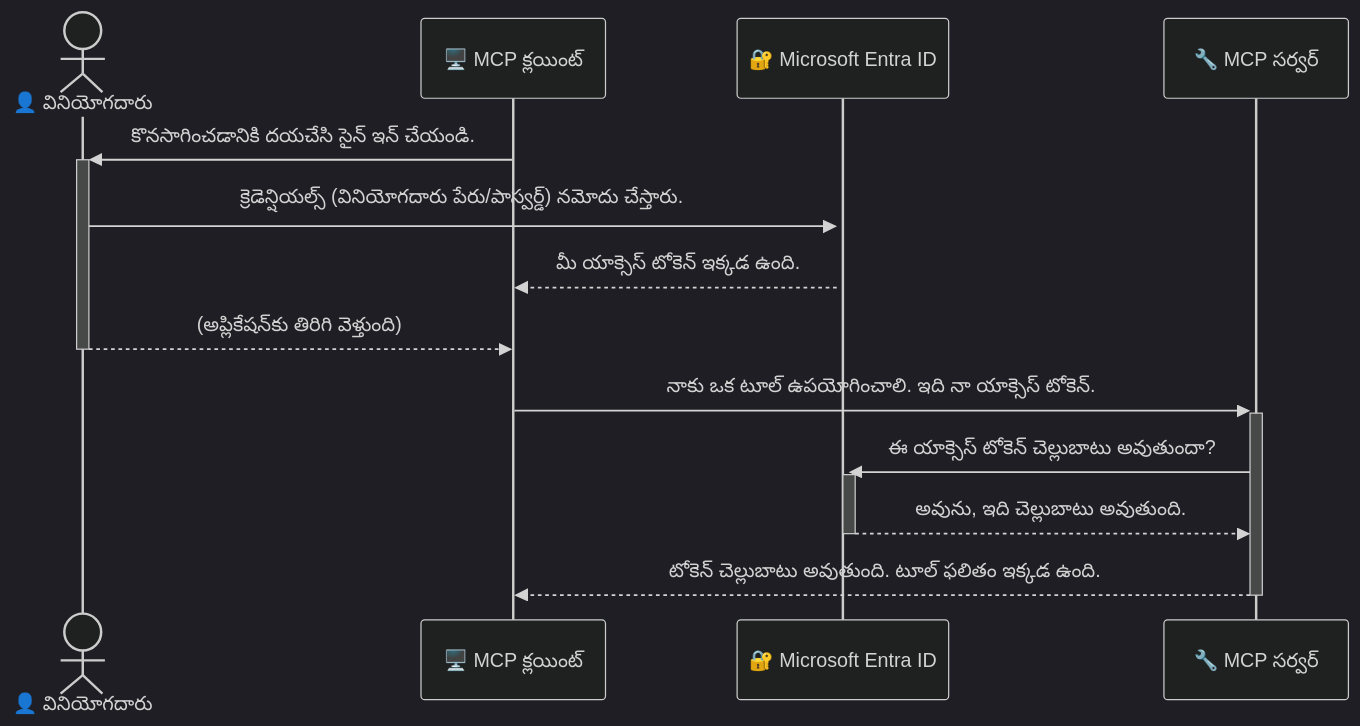
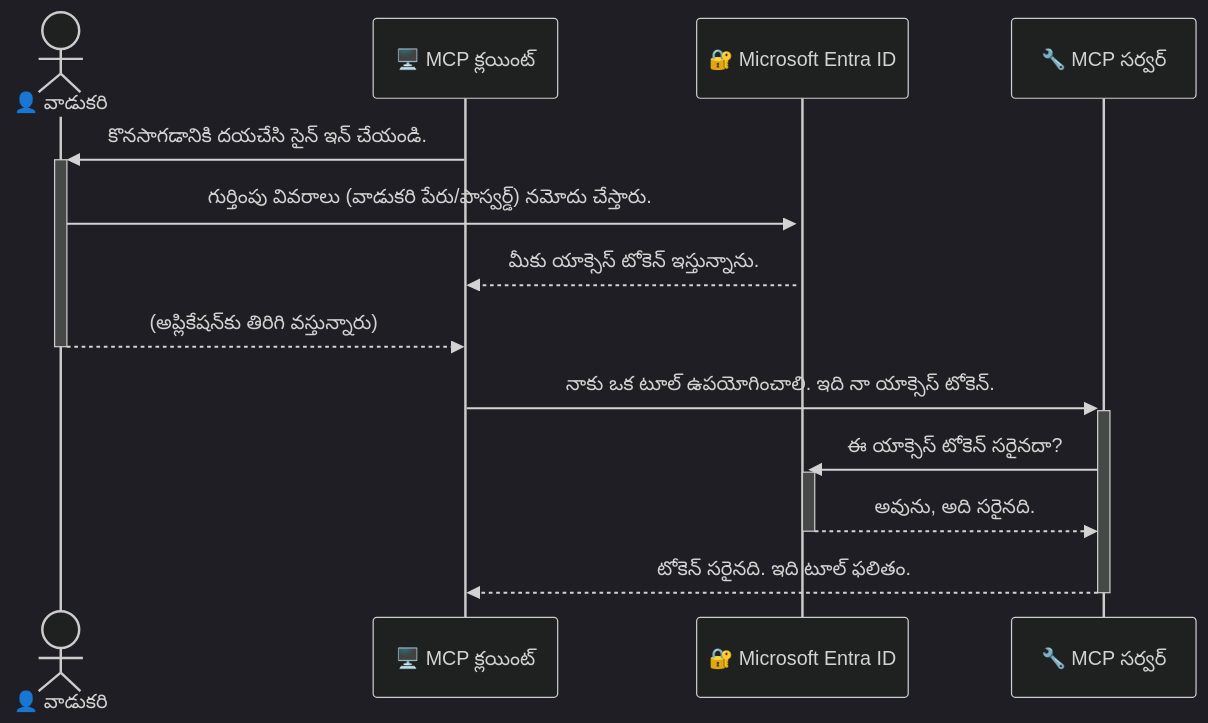
One commit to HIDORAKAI002/ai-workspace-archive changed the diagram in mcp_ecosystem__model_context_protocol/mcp_learning_resources/mcp-for-beginners/translations/te/05-AdvancedTopics/mcp-security-entra/README.md. Above: the diagram before and after it, drawn with Mermaid (dark theme). The commit also changed other lines of this file and 1539 other files, not shown here.

````diff
--- a/mcp_ecosystem__model_context_protocol/mcp_learning_resources/mcp-for-beginners/translations/te/05-AdvancedTopics/mcp-security-entra/README.md
+++ b/mcp_ecosystem__model_context_protocol/mcp_learning_resources/mcp-for-beginners/translations/te/05-AdvancedTopics/mcp-security-entra/README.md
@@ -61,17 +61,17 @@
 ```mermaid
 sequenceDiagram
-    actor User as 👤 వినియోగదారు
+    actor User as 👤 వాడుకరి
     participant Client as 🖥️ MCP క్లయింట్
     participant Entra as 🔐 Microsoft Entra ID
     participant Server as 🔧 MCP సర్వర్
 
-    Client->>+User: కొనసాగించడానికి దయచేసి సైన్ ఇన్ చేయండి.
-    User->>+Entra: క్రెడెన్షియల్స్ (వినియోగదారు పేరు/పాస్వర్డ్) నమోదు చేస్తారు.
-    Entra-->>Client: మీ యాక్సెస్ టోకెన్ ఇక్కడ ఉంది.
-    User-->>-Client: (అప్లికేషన్‌కు తిరిగి వెళ్తుంది)
+    Client->>+User: కొనసాగడానికి దయచేసి సైన్ ఇన్ చేయండి.
+    User->>+Entra: గుర్తింపు వివరాలు (వాడుకరి పేరు/పాస్వర్డ్) నమోదు చేస్తారు.
+    Entra-->>Client: మీకు యాక్సెస్ టోకెన్ ఇస్తున్నాను.
+    User-->>-Client: (అప్లికేషన్‌కు తిరిగి వస్తున్నారు)
 
     Client->>+Server: నాకు ఒక టూల్ ఉపయోగించాలి. ఇది నా యాక్సెస్ టోకెన్.
-    Server->>+Entra: ఈ యాక్సెస్ టోకెన్ చెల్లుబాటు అవుతుందా?
-    Entra-->>-Server: అవును, ఇది చెల్లుబాటు అవుతుంది.
-    Server-->>-Client: టోకెన్ చెల్లుబాటు అవుతుంది. టూల్ ఫలితం ఇక్కడ ఉంది.
+    Server->>+Entra: ఈ యాక్సెస్ టోకెన్ సరైనదా?
+    Entra-->>-Server: అవును, అది సరైనది.
+    Server-->>-Client: టోకెన్ సరైనది. ఇది టూల్ ఫలితం.
 ```
````
